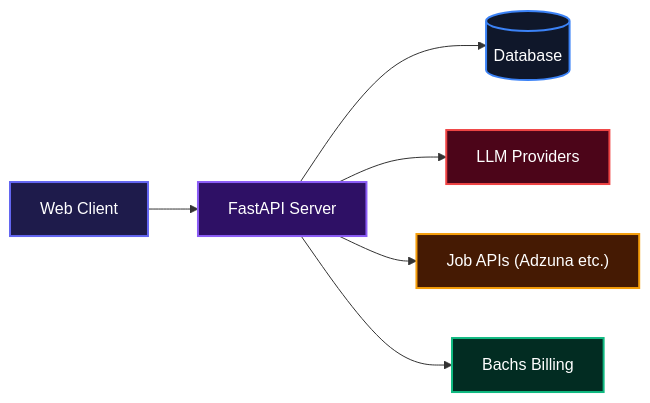
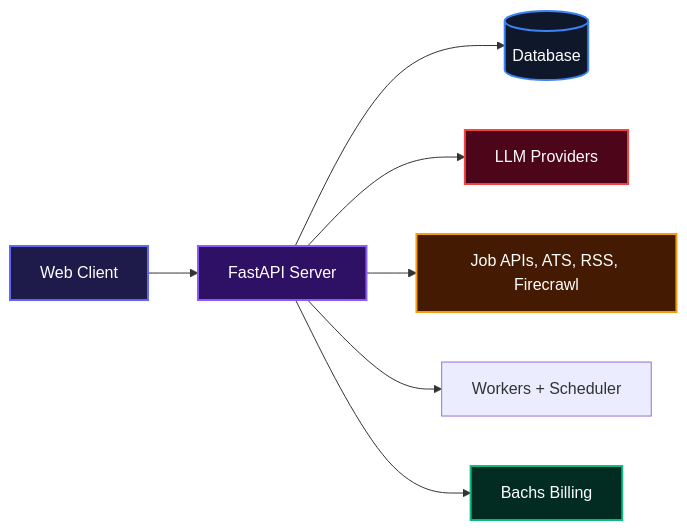
The first of 4 diagrams in README.md (OktopalsHub/Vitae), drawn with Mermaid before and after one commit. The commit also changed other lines of this file and 3 other files, not shown here.

````diff
--- a/README.md
+++ b/README.md
@@ -7,22 +7,24 @@
 ```mermaid
 flowchart LR
   Client["Web Client"]
   Server["FastAPI Server"]
   DB[("Database")]
   LLM["LLM Providers"]
-  Sources["Job APIs (Adzuna etc.)"]
+  Sources["Job APIs, ATS, RSS, Firecrawl"]
+  Workers["Workers + Scheduler"]
   Bachs["Bachs Billing"]
 
   Client --> Server
   Server --> DB
   Server --> LLM
   Server --> Sources
+  Server --> Workers
   Server --> Bachs
 
   style Client fill:#1e1b4b,stroke:#6366f1,stroke-width:2px,color:#fff
   style Server fill:#2e1065,stroke:#8b5cf6,stroke-width:2px,color:#fff
   style DB fill:#0f172a,stroke:#3b82f6,stroke-width:2px,color:#fff
   style LLM fill:#4c0519,stroke:#ef4444,stroke-width:2px,color:#fff
   style Sources fill:#451a03,stroke:#f59e0b,stroke-width:2px,color:#fff
   style Bachs fill:#022c22,stroke:#10b981,stroke-width:2px,color:#fff
 ```
````
